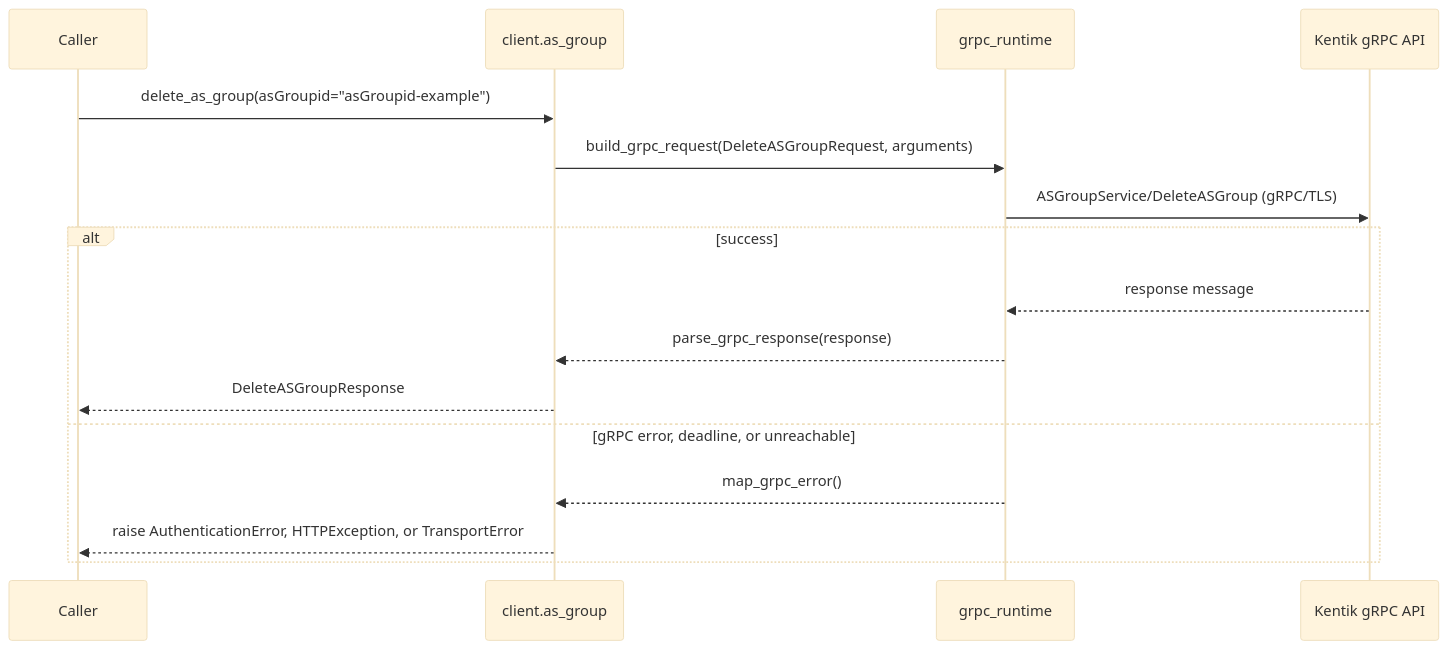
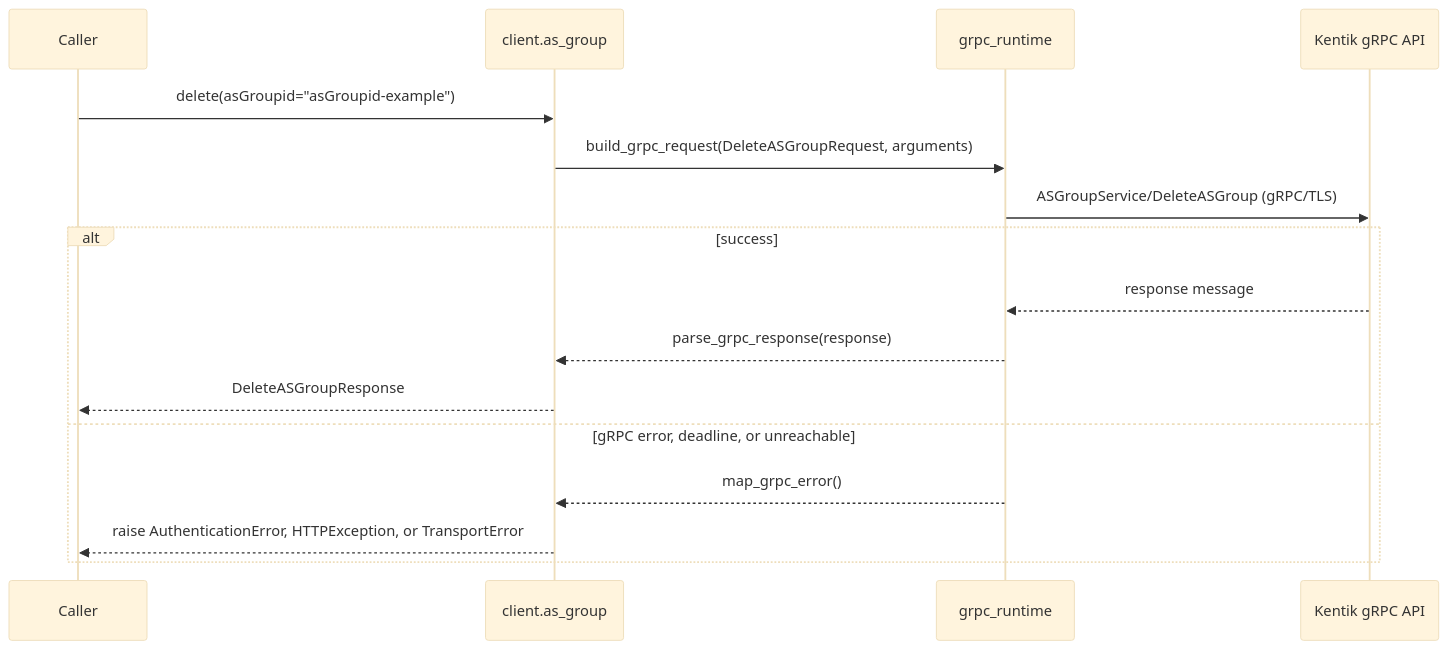
Before and after one commit to alexdearaujo/community_sdk_python: diagram 11 of 12 in docs/sphinx/services/as_group.md, drawn with Mermaid (base theme). The commit also changed other lines of this file and 119 other files, not shown here.

````diff
--- a/docs/sphinx/services/as_group.md
+++ b/docs/sphinx/services/as_group.md
@@ -359,19 +359,19 @@
 ```mermaid
 sequenceDiagram
     participant C as Caller
     participant W as client.as_group
     participant R as grpc_runtime
     participant API as Kentik gRPC API
 
-    C->>W: delete_as_group(asGroupid="asGroupid-example")
+    C->>W: delete(asGroupid="asGroupid-example")
     W->>R: build_grpc_request(DeleteASGroupRequest, arguments)
     R->>API: ASGroupService/DeleteASGroup (gRPC/TLS)
     alt success
         API-->>R: response message
         R-->>W: parse_grpc_response(response)
         W-->>C: DeleteASGroupResponse
     else gRPC error, deadline, or unreachable
         R-->>W: map_grpc_error()
         W-->>C: raise AuthenticationError, HTTPException, or TransportError
     end
 ```
````
